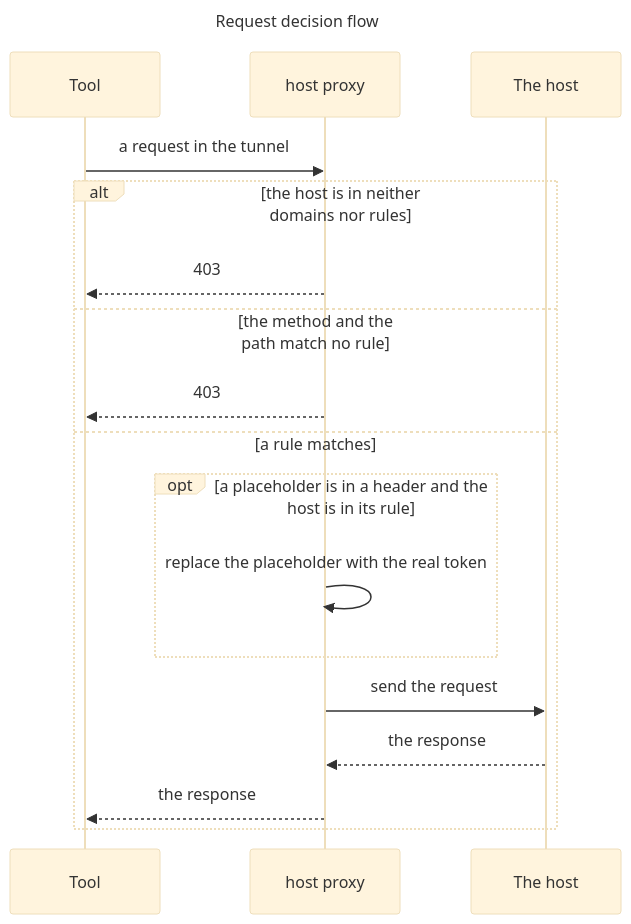
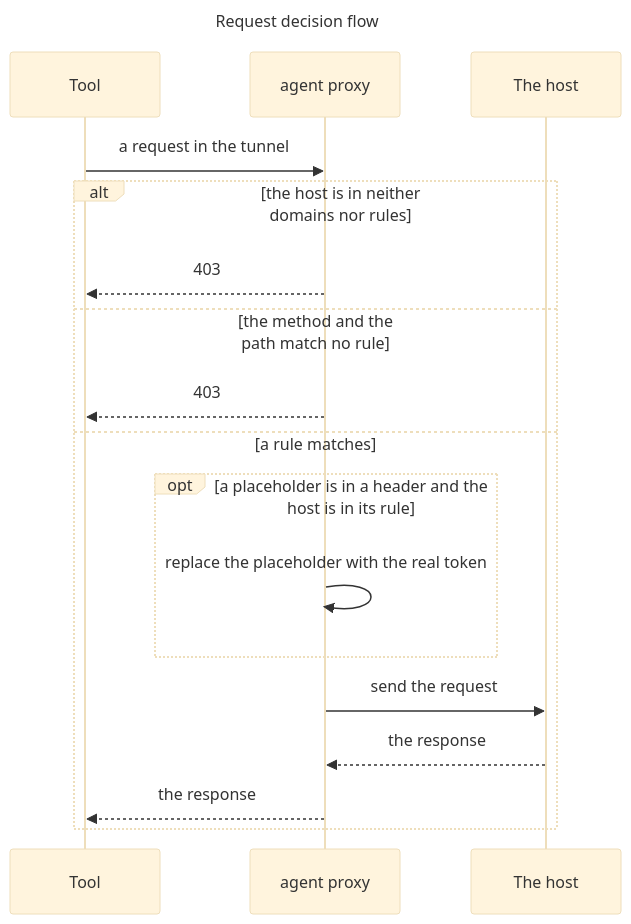
The fourth of 6 diagrams in .devcontainer/README.md (raghav19/engineersdaybook), drawn with Mermaid (base theme) before and after one commit. The commit also changed other lines of this file and 13 other files, not shown here.

First line of the commit message:
docs: sandbox README and diagrams for the Docker Compose design

````diff
--- a/.devcontainer/README.md
+++ b/.devcontainer/README.md
@@ -204,22 +218,22 @@
 ```mermaid
 ---
 title: Request decision flow
 ---
 sequenceDiagram
     participant Tool
-    participant Proxy as host proxy
+    participant Proxy as agent proxy
     participant Host as The host
     Tool->>Proxy: a request in the tunnel
     alt the host is in neither domains nor rules
         Proxy-->>Tool: 403
     else the method and the path match no rule
         Proxy-->>Tool: 403
     else a rule matches
         opt a placeholder is in a header and the host is in its rule
             Proxy->>Proxy: replace the placeholder with the real token
         end
         Proxy->>Host: send the request
         Host-->>Proxy: the response
         Proxy-->>Tool: the response
     end
 ```
````
